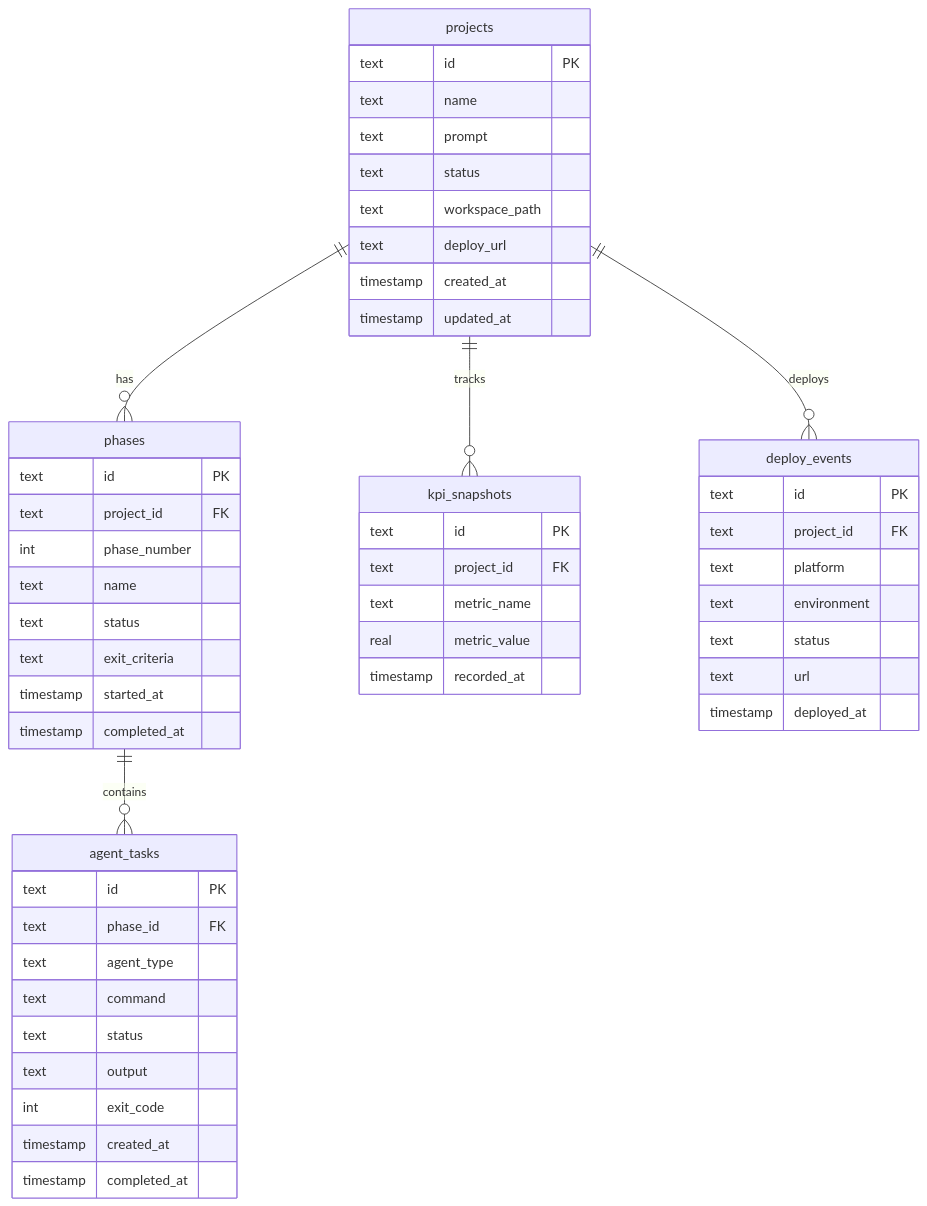
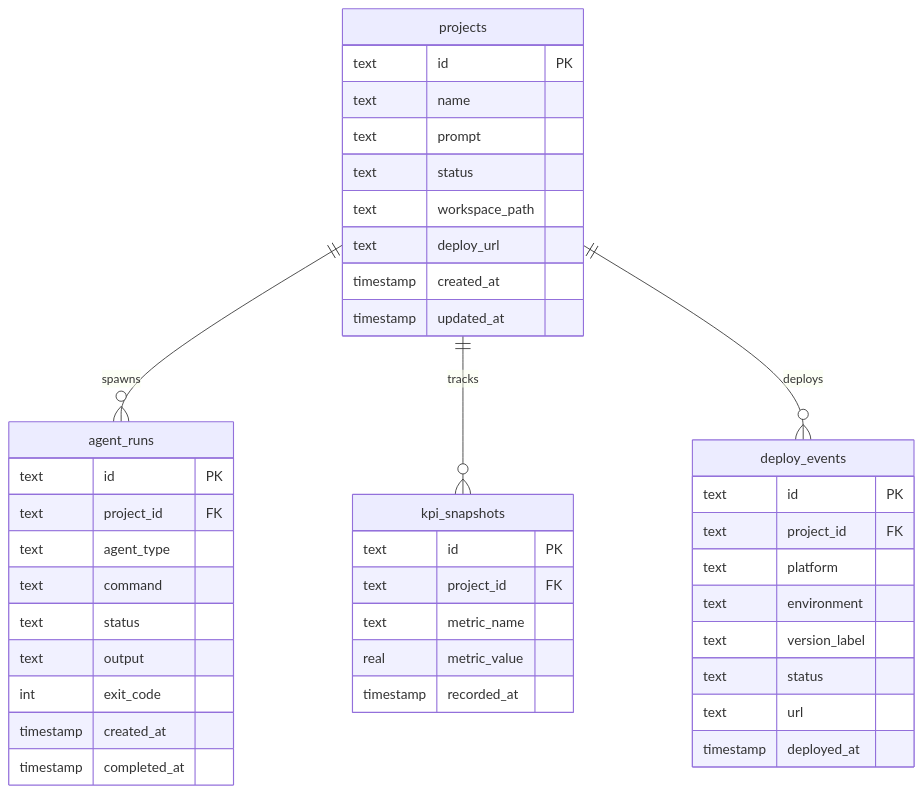
The fourth of 4 diagrams in docs/ARCH.md (operator-auteng-ai/hq), drawn with Mermaid before and after one commit. The commit also changed other lines of this file and 3 other files, not shown here.

````diff
--- a/docs/ARCH.md
+++ b/docs/ARCH.md
@@ -110,59 +135,48 @@
 ```mermaid
 erDiagram
     projects {
         text id PK
         text name
         text prompt
         text status
         text workspace_path
         text deploy_url
         timestamp created_at
         timestamp updated_at
     }
 
-    phases {
+    agent_runs {
         text id PK
         text project_id FK
-        int phase_number
-        text name
-        text status
-        text exit_criteria
-        timestamp started_at
-        timestamp completed_at
-    }
-
-    agent_tasks {
-        text id PK
-        text phase_id FK
         text agent_type
         text command
         text status
         text output
         int exit_code
         timestamp created_at
         timestamp completed_at
     }
 
     kpi_snapshots {
         text id PK
         text project_id FK
         text metric_name
         real metric_value
         timestamp recorded_at
     }
 
     deploy_events {
         text id PK
         text project_id FK
         text platform
         text environment
+        text version_label
         text status
         text url
         timestamp deployed_at
     }
 
-    projects ||--o{ phases : "has"
-    phases ||--o{ agent_tasks : "contains"
+    projects ||--o{ agent_runs : "spawns"
     projects ||--o{ kpi_snapshots : "tracks"
     projects ||--o{ deploy_events : "deploys"
 ```
````
